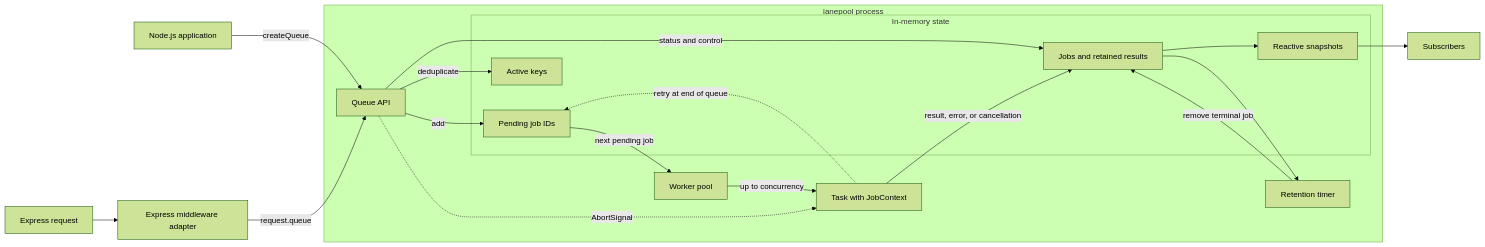
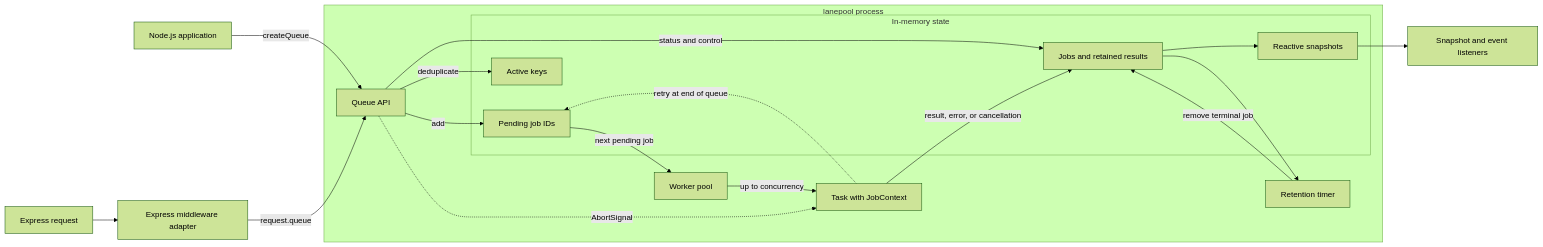
Before and after one commit to ElJijuna/lanepool: the diagram in README.md, drawn with Mermaid (forest theme). The commit also changed other lines of this file and 4 other files, not shown here.

````diff
--- a/README.md
+++ b/README.md
@@ -180,36 +220,36 @@
 ```mermaid
 flowchart LR
   application[Node.js application]
   express[Express request]
   middleware[Express middleware adapter]
 
   subgraph lanepool[lanepool process]
     api[Queue API]
 
     subgraph memory[In-memory state]
       pending[Pending job IDs]
       jobs[Jobs and retained results]
       keys[Active keys]
       signal[Reactive snapshots]
     end
 
     workers[Worker pool]
     task[Task with JobContext]
     retention[Retention timer]
   end
 
-  subscribers[Subscribers]
+  subscribers[Snapshot and event listeners]
 
   application -->|createQueue| api
   express --> middleware -->|request.queue| api
   api -->|add| pending
   api -->|status and control| jobs
   api -->|deduplicate| keys
   pending -->|next pending job| workers
   workers -->|up to concurrency| task
   task -->|result, error, or cancellation| jobs
   task -.->|retry at end of queue| pending
   api -.->|AbortSignal| task
   jobs --> signal --> subscribers
   jobs --> retention -->|remove terminal job| jobs
 ```
````
